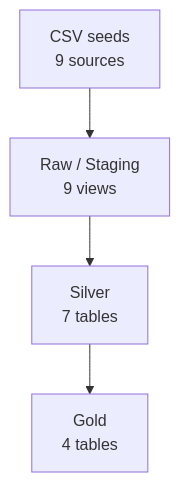
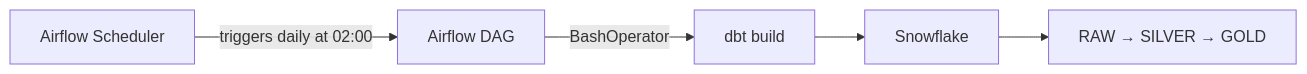
Before and after one commit to Pranay-DE/olist-dbt-pipeline: the diagram in README.md, drawn with Mermaid. The commit also changed other lines of this file and 1 other file, not shown here.

Commit message:
docs: rewrite README for Airflow orchestration branch

````diff
--- a/README.md
+++ b/README.md
@@ -19,6 +16,7 @@
 ```mermaid
-flowchart TD
-    A[CSV seeds<br/>9 sources] --> B[Raw / Staging<br/>9 views]
-    B --> C[Silver<br/>7 tables]
-    C --> D[Gold<br/>4 tables]
+flowchart LR
+    A[Airflow Scheduler] -->|triggers daily at 02:00| B[Airflow DAG]
+    B -->|BashOperator| C[dbt build]
+    C --> D[Snowflake]
+    D --> E[RAW → SILVER → GOLD]
 ```
````
